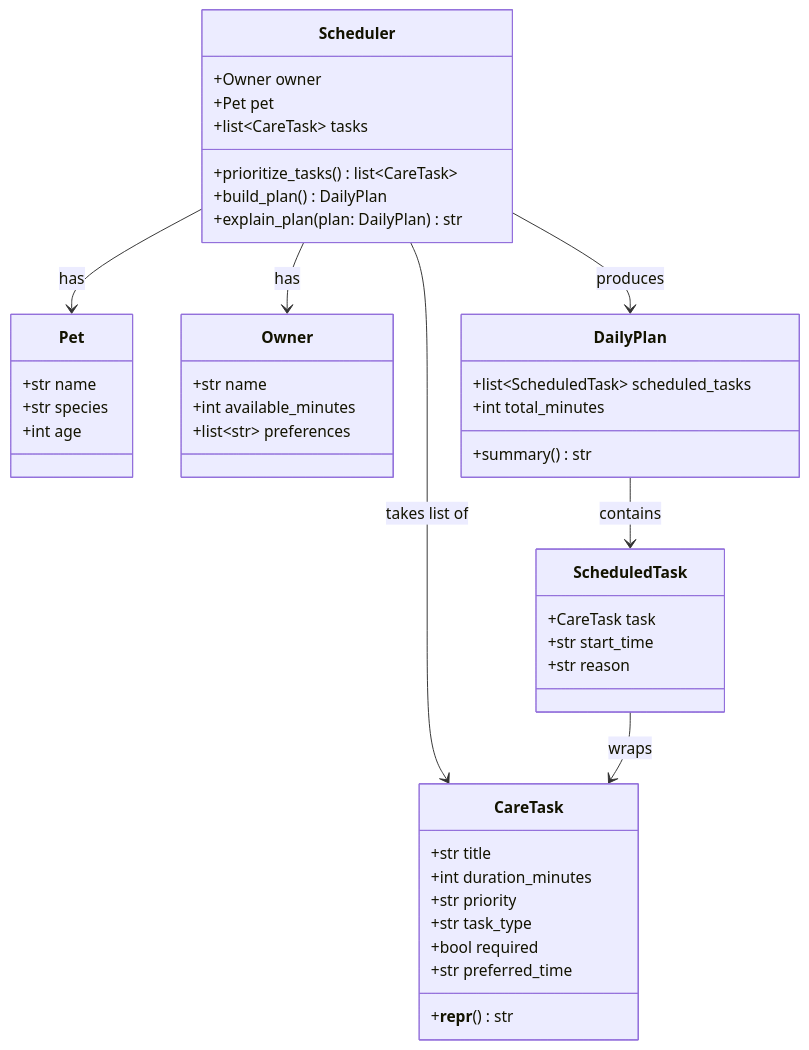
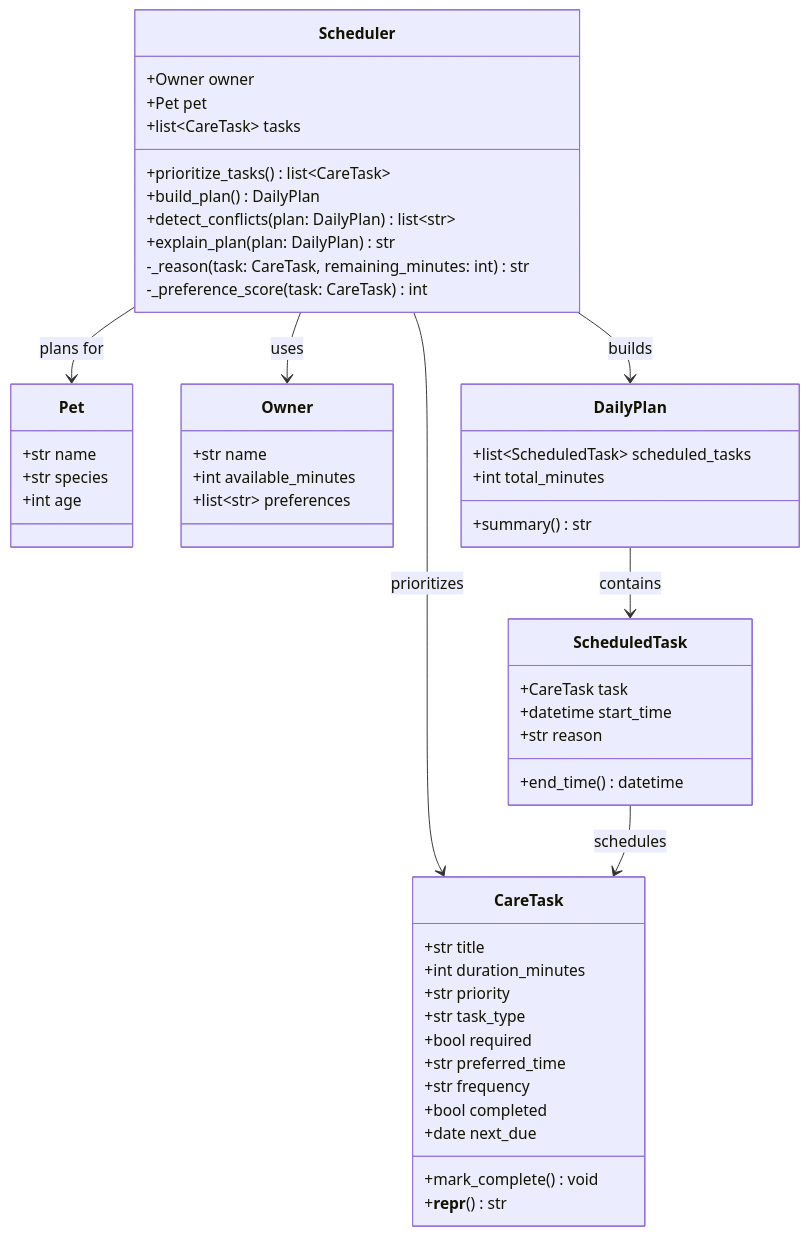
The diagram in uml.mmd (safarilewis/ai110-module2show-pawpal-starter), drawn with Mermaid before and after one commit. The commit also changed 9 other files, not shown here.

```diff
--- a/uml.mmd
+++ b/uml.mmd
@@ -1,50 +1,58 @@
 classDiagram
     class CareTask {
         +str title
         +int duration_minutes
         +str priority
         +str task_type
         +bool required
         +str preferred_time
+        +str frequency
+        +bool completed
+        +date next_due
+        +mark_complete() void
         +__repr__() str
     }
 
     class Pet {
         +str name
         +str species
         +int age
     }
 
     class Owner {
         +str name
         +int available_minutes
         +list~str~ preferences
     }
 
     class ScheduledTask {
         +CareTask task
-        +str start_time
+        +datetime start_time
         +str reason
+        +end_time() datetime
     }
 
     class DailyPlan {
         +list~ScheduledTask~ scheduled_tasks
         +int total_minutes
         +summary() str
     }
 
     class Scheduler {
         +Owner owner
         +Pet pet
         +list~CareTask~ tasks
         +prioritize_tasks() list~CareTask~
         +build_plan() DailyPlan
+        +detect_conflicts(plan: DailyPlan) list~str~
         +explain_plan(plan: DailyPlan) str
+        -_reason(task: CareTask, remaining_minutes: int) str
+        -_preference_score(task: CareTask) int
     }
 
-    Scheduler --> Owner : has
-    Scheduler --> Pet : has
-    Scheduler --> CareTask : takes list of
-    Scheduler --> DailyPlan : produces
+    Scheduler --> Owner : uses
+    Scheduler --> Pet : plans for
+    Scheduler --> CareTask : prioritizes
+    Scheduler --> DailyPlan : builds
     DailyPlan --> ScheduledTask : contains
-    ScheduledTask --> CareTask : wraps
+    ScheduledTask --> CareTask : schedules
```
